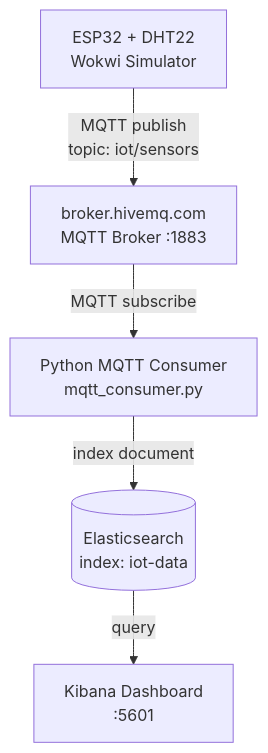
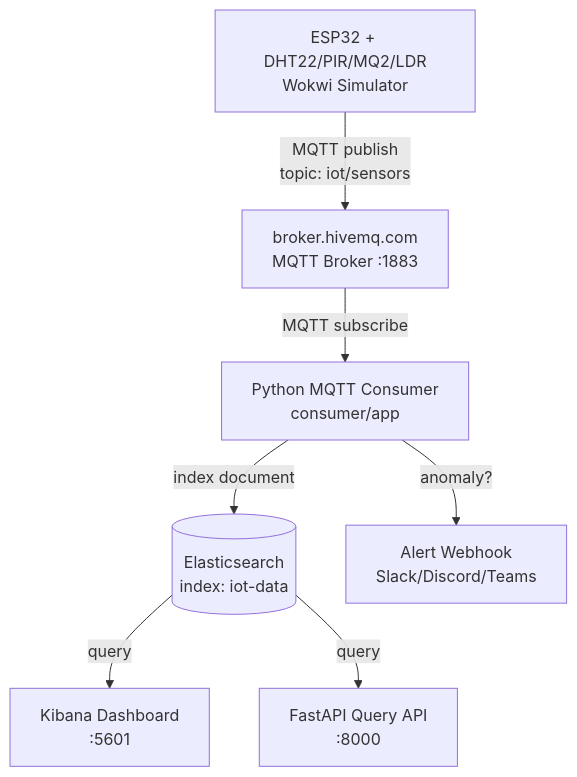
The diagram in iot-monitoring/README.md (Skillfen/iotprojet), drawn with Mermaid before and after one commit. The commit also changed other lines of this file and 12 other files, not shown here.

````diff
--- a/iot-monitoring/README.md
+++ b/iot-monitoring/README.md
@@ -11,7 +11,9 @@
 ```mermaid
 flowchart TD
-    A[ESP32 + DHT22<br/>Wokwi Simulator] -- MQTT publish<br/>topic: iot/sensors --> B[broker.hivemq.com<br/>MQTT Broker :1883]
-    B -- MQTT subscribe --> C[Python MQTT Consumer<br/>mqtt_consumer.py]
+    A[ESP32 + DHT22/PIR/MQ2/LDR<br/>Wokwi Simulator] -- MQTT publish<br/>topic: iot/sensors --> B[broker.hivemq.com<br/>MQTT Broker :1883]
+    B -- MQTT subscribe --> C[Python MQTT Consumer<br/>consumer/app]
     C -- index document --> D[(Elasticsearch<br/>index: iot-data)]
+    C -- anomaly? --> F[Alert Webhook<br/>Slack/Discord/Teams]
     D -- query --> E[Kibana Dashboard<br/>:5601]
+    D -- query --> G[FastAPI Query API<br/>:8000]
 ```
````
